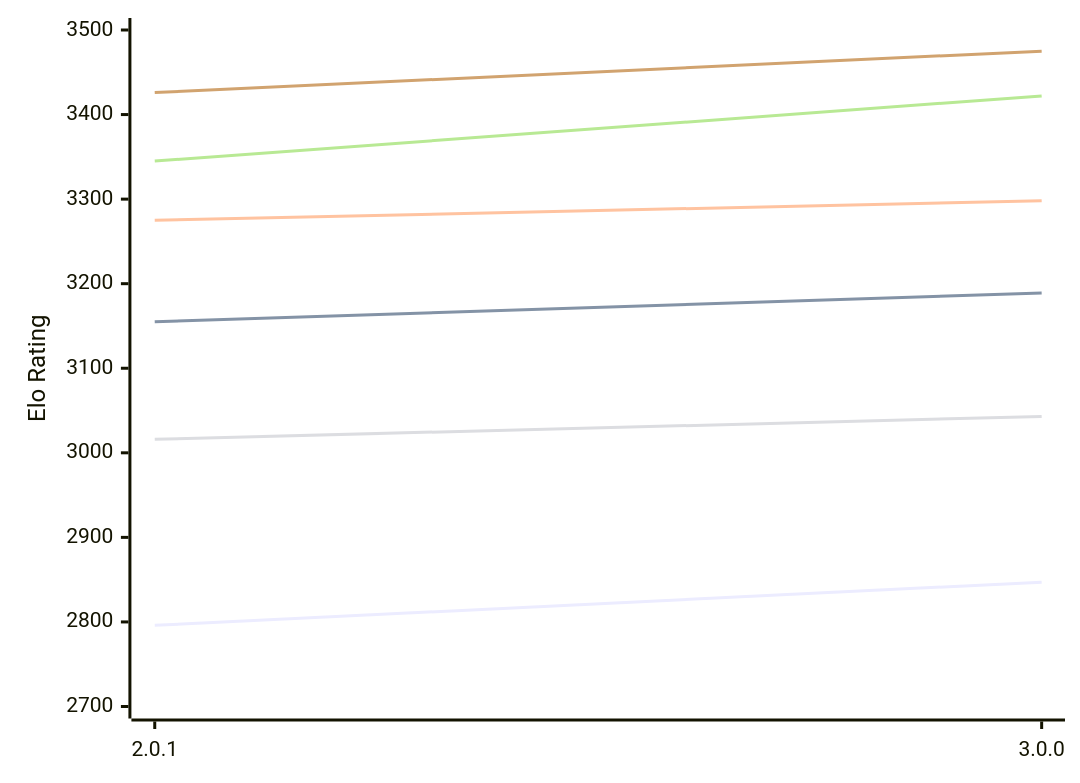
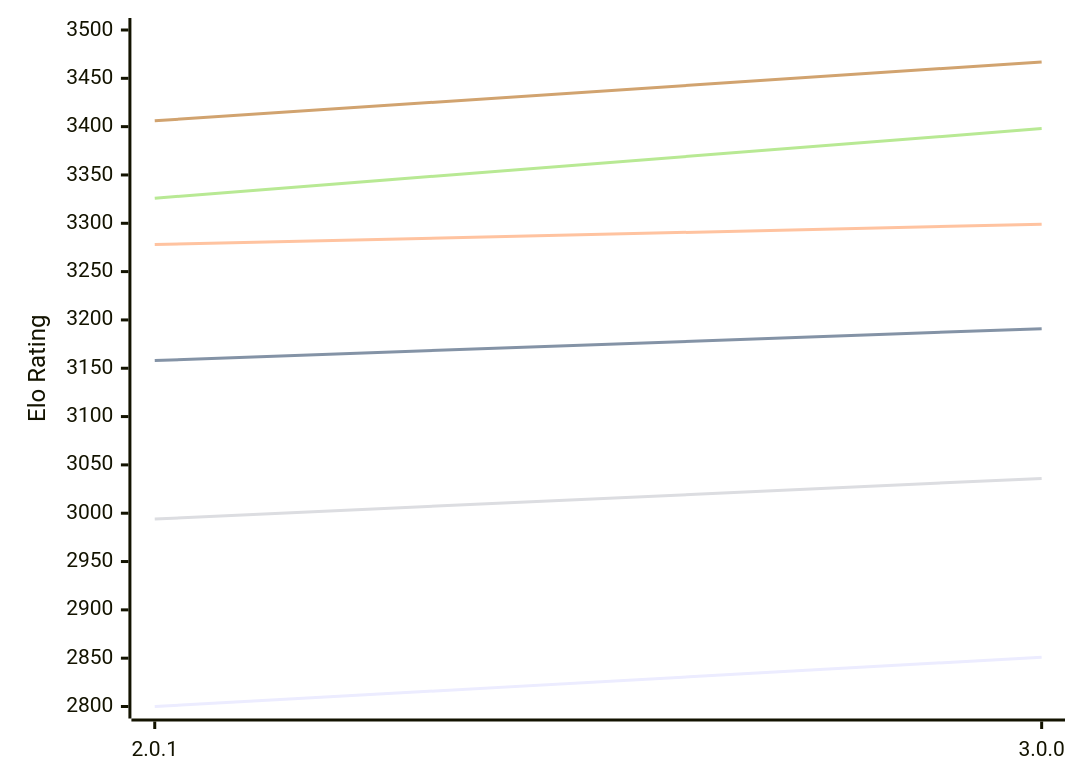
Before and after one commit to computer-chess-index/cci: the first of 2 diagrams in engines/Grail.md, drawn with Mermaid. The commit also changed other lines of this file, not shown here.

Commit message:
Update CCI Ratings (ELO VLTC) - 2026-10-18

````diff
--- a/engines/Grail.md
+++ b/engines/Grail.md
@@ -56,12 +56,12 @@
 ```mermaid
 %%{init: {"theme":"base","themeVariables":{"seriesColors:['#a3a3a3','#222221','#faa371']}}}%%
 xychart-beta
   x-axis ["2.0.1", "3.0.0"]
-  y-axis "Elo Rating" 2700 --> 3500
-  line "E1: STC (8.0+0.08s)" [2796, 2847]
-  line "E1: LTC (60.0+0.60s)" [3155, 3189]
-  line "E1: VLTC (2m24s+1.12s)" [3275, 3298]
-  line "P1: STC (8.0+0.08s)" [3016, 3043]
-  line "P1: LTC (60.0+0.60s)" [3345, 3422]
-  line "P1: VLTC (2m24s+1.12s)" [3426, 3475]
+  y-axis "Elo Rating" 2800 --> 3500
+  line "E1: STC (8.0+0.08s)" [2800, 2851]
+  line "E1: LTC (60.0+0.60s)" [3158, 3191]
+  line "E1: VLTC (2m24s+1.12s)" [3278, 3299]
+  line "P1: STC (8.0+0.08s)" [2994, 3036]
+  line "P1: LTC (60.0+0.60s)" [3326, 3398]
+  line "P1: VLTC (2m24s+1.12s)" [3406, 3467]
 ```
````
